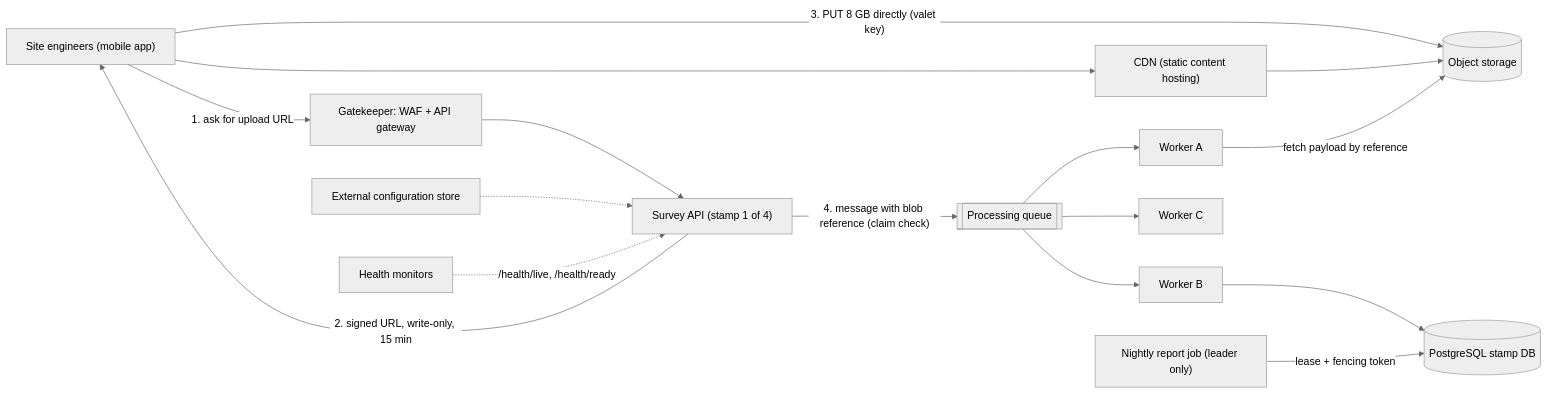
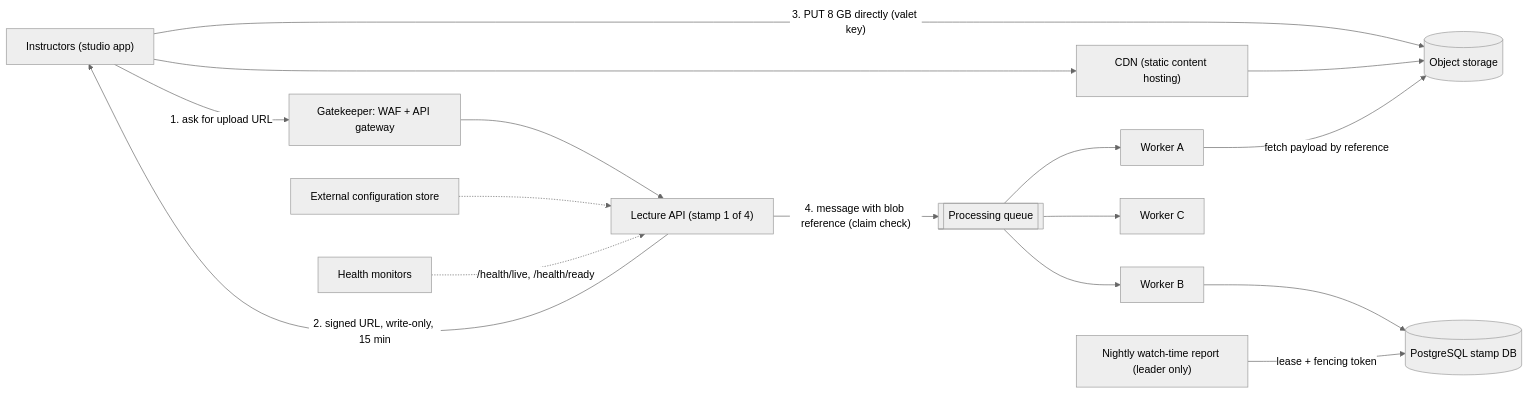
The first of 2 diagrams in content/lessons/m16/m16-cloud-design-patterns.md (rizwi0786/system-design-lab), drawn with Mermaid (neutral theme) before and after one commit. The commit also changed other lines of this file and 334 other files, not shown here.

````diff
--- a/content/lessons/m16/m16-cloud-design-patterns.md
+++ b/content/lessons/m16/m16-cloud-design-patterns.md
@@ -225,18 +225,18 @@
 ```mermaid
 flowchart LR
-    U["Site engineers (mobile app)"] -->|"1. ask for upload URL"| GK["Gatekeeper: WAF + API gateway"]
-    GK --> API["Survey API (stamp 1 of 4)"]
+    U["Instructors (studio app)"] -->|"1. ask for upload URL"| GK["Gatekeeper: WAF + API gateway"]
+    GK --> API["Lecture API (stamp 1 of 4)"]
     API -->|"2. signed URL, write-only, 15 min"| U
     U -->|"3. PUT 8 GB directly (valet key)"| BLOB[("Object storage")]
     U --> CDN["CDN (static content hosting)"]
     CDN --> BLOB
     API -->|"4. message with blob reference (claim check)"| Q[["Processing queue"]]
     Q --> W1["Worker A"]
     Q --> W2["Worker B"]
     Q --> W3["Worker C"]
     W1 -->|"fetch payload by reference"| BLOB
     W2 --> DB[("PostgreSQL stamp DB")]
-    LEAD["Nightly report job (leader only)"] -->|"lease + fencing token"| DB
+    LEAD["Nightly watch-time report (leader only)"] -->|"lease + fencing token"| DB
     CFG["External configuration store"] -.-> API
     MON["Health monitors"] -.->|"/health/live, /health/ready"| API
 ```
````
